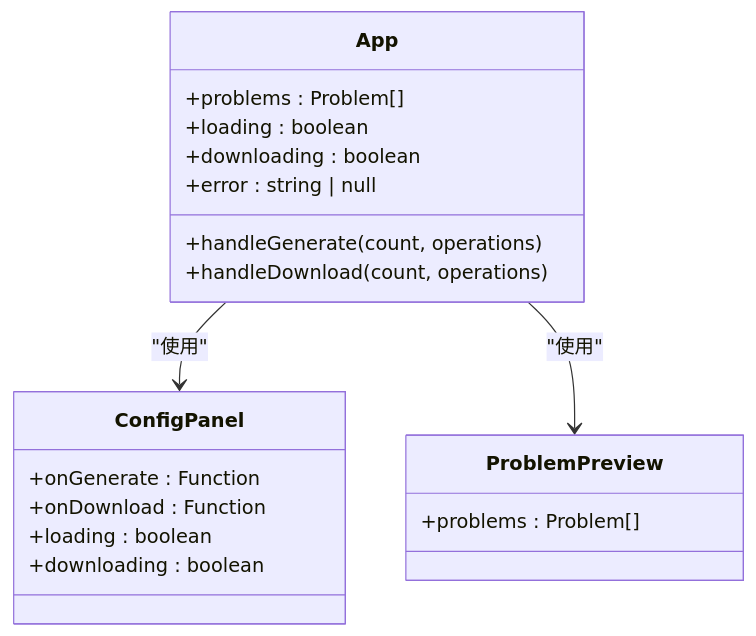
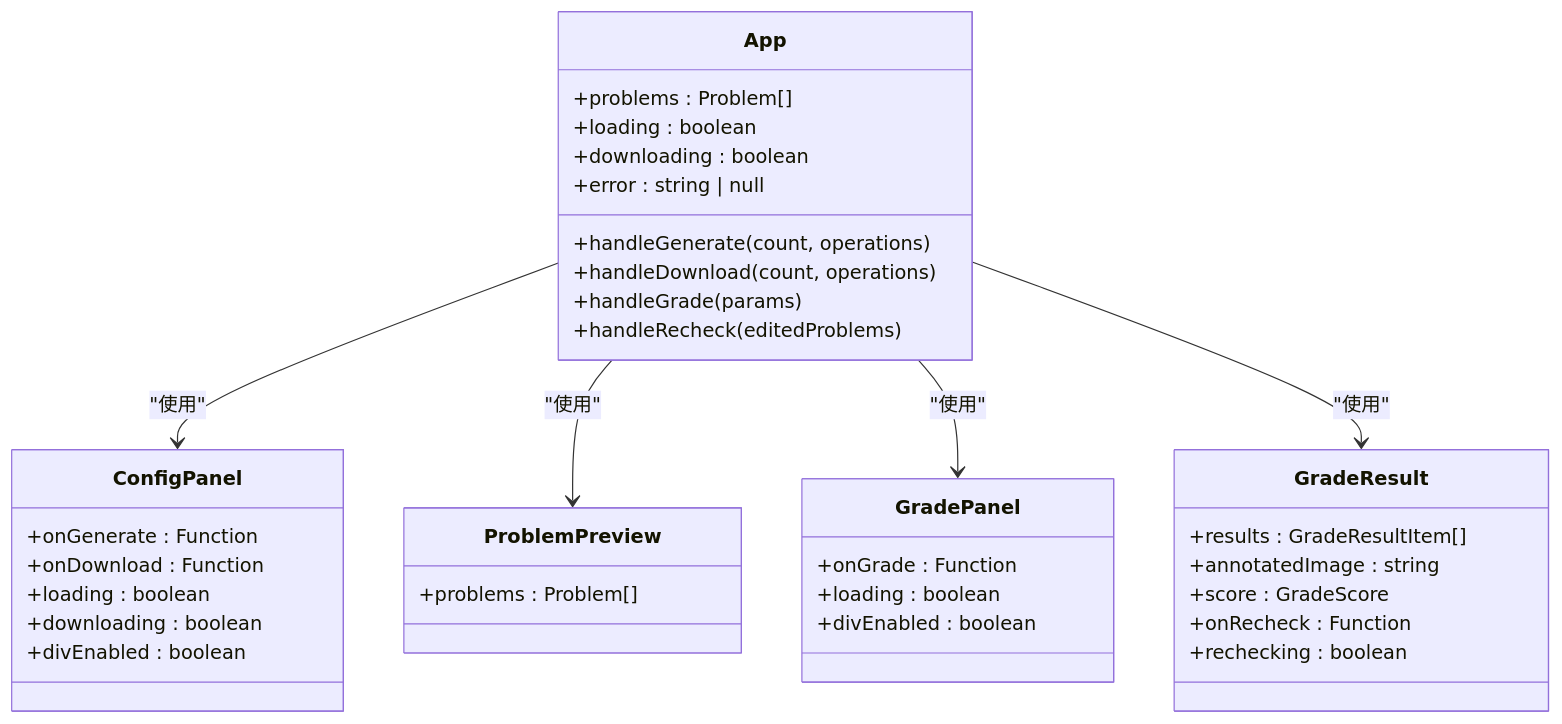
One commit to SimonWHL/math-learning changed the third of 11 diagrams in .qoder/repowiki/zh/content/项目结构/前端用户界面.md. Above: the diagram before and after it, drawn with Mermaid. The commit also changed other lines of this file and 17 other files, not shown here.

````diff
--- a/.qoder/repowiki/zh/content/项目结构/前端用户界面.md
+++ b/.qoder/repowiki/zh/content/项目结构/前端用户界面.md
@@ -101,22 +110,39 @@
 ```mermaid
 classDiagram
 class App {
 +problems : Problem[]
 +loading : boolean
 +downloading : boolean
 +error : string | null
 +handleGenerate(count, operations)
 +handleDownload(count, operations)
++handleGrade(params)
++handleRecheck(editedProblems)
 }
 class ConfigPanel {
 +onGenerate : Function
 +onDownload : Function
 +loading : boolean
 +downloading : boolean
++divEnabled : boolean
+}
+class GradePanel {
++onGrade : Function
++loading : boolean
++divEnabled : boolean
 }
 class ProblemPreview {
 +problems : Problem[]
 }
+class GradeResult {
++results : GradeResultItem[]
++annotatedImage : string
++score : GradeScore
++onRecheck : Function
++rechecking : boolean
+}
 App --> ConfigPanel : "使用"
 App --> ProblemPreview : "使用"
+App --> GradePanel : "使用"
+App --> GradeResult : "使用"
 ```
````
